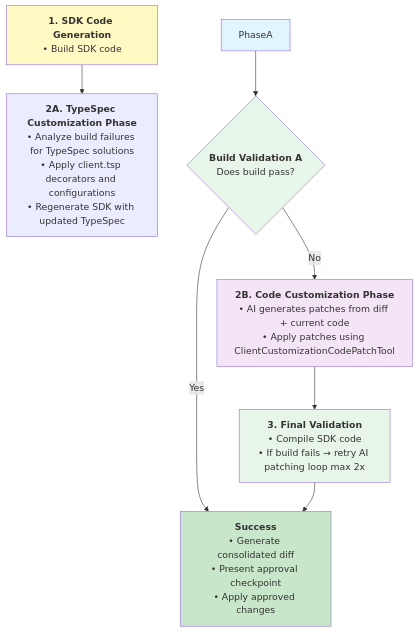
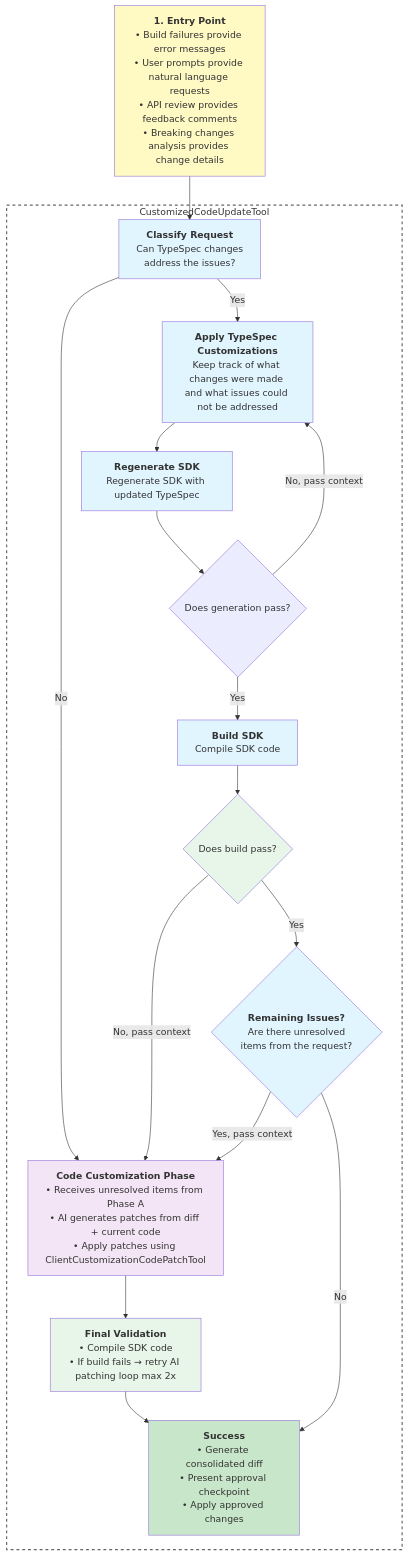
One commit to Azure/azure-sdk-tools changed the second of 2 diagrams in tools/azsdk-cli/docs/specs/3-customizing-client-tsp.spec.md. Above: the diagram before and after it, drawn with Mermaid. The commit also changed other lines of this file, not shown here.

Commit message:
Update workflow for CustomCodeUpdateTool

````diff
--- a/tools/azsdk-cli/docs/specs/3-customizing-client-tsp.spec.md
+++ b/tools/azsdk-cli/docs/specs/3-customizing-client-tsp.spec.md
@@ -248,23 +247,48 @@
 ```mermaid
 flowchart TD
-    Gen[<b>1. SDK Code Generation</b><br/>• Build SDK code<br/>]
-    
-    Gen --> IfPhaseA[<b>2A. TypeSpec Customization Phase</b><br/>• Analyze build failures for TypeSpec solutions<br/>• Apply client.tsp decorators and configurations<br/>• Regenerate SDK with updated TypeSpec]
-    
-    PhaseA --> ValidateA{<b>Build Validation A</b><br/>Does build pass?}
-    
-    ValidateA -->|Yes| Success[<b>Success</b><br/>• Generate consolidated diff<br/>• Present approval checkpoint<br/>• Apply approved changes]
-    
-    ValidateA -->|No| PhaseB[<b>2B. Code Customization Phase</b><br/>• AI generates patches from diff + current code<br/>• Apply patches using ClientCustomizationCodePatchTool<br/>]
-    
-    PhaseB --> ValidateB[<b>3. Final Validation</b><br/>• Compile SDK code<br/>• If build fails → retry AI patching loop max 2x<br/>]
-    
-    ValidateB --> Success
-    
-    style Gen fill:#fff9c4
-    style PhaseA fill:#e1f5fe
+    Entry[<b>1. Entry Point</b><br/>• Build failures provide error messages<br/>• User prompts provide natural language requests<br/>• API review provides feedback comments<br/>• Breaking changes analysis provides change details]
+
+    Entry --> Classify
+
+    subgraph Tool [CustomizedCodeUpdateTool]
+        Classify[<b>Classify Request</b><br/>Can TypeSpec changes<br/>address the issues?]
+
+        Classify -->|No| PhaseB
+
+        Classify -->|Yes| ApplyTsp[<b>Apply TypeSpec Customizations</b><br/>Keep track of what changes were made and what issues could not be addressed]
+
+        ApplyTsp --> RegenSDK[<b>Regenerate SDK</b><br/>Regenerate SDK with updated TypeSpec]
+
+        RegenSDK --> RegenValidate{Does generation pass?}
+
+        RegenValidate -->|No, pass context| ApplyTsp
+
+        RegenValidate -->|Yes| BuildSDK[<b>Build SDK</b><br/>Compile SDK code]
+
+        BuildSDK --> ValidateA{Does build pass?}
+
+        ValidateA -->|No, pass context| PhaseB
+
+        ValidateA -->|Yes| RemainingIssues{<b>Remaining Issues?</b><br/>Are there unresolved<br/>items from the request?}
+
+        RemainingIssues -->|Yes, pass context| PhaseB[<b>Code Customization Phase</b><br/>• Receives unresolved items from Phase A<br/>• AI generates patches from diff + current code<br/>• Apply patches using ClientCustomizationCodePatchTool]
+
+        RemainingIssues -->|No| Success[<b>Success</b><br/>• Generate consolidated diff<br/>• Present approval checkpoint<br/>• Apply approved changes]
+
+        PhaseB --> ValidateB[<b>Final Validation</b><br/>• Compile SDK code<br/>• If build fails → retry AI patching loop max 2x]
+
+        ValidateB --> Success
+    end
+
+    style Entry fill:#fff9c4
+    style Classify fill:#e1f5fe
+    style ApplyTsp fill:#e1f5fe
+    style RegenSDK fill:#e1f5fe
+    style BuildSDK fill:#e1f5fe
+    style ValidateA fill:#e8f5e9
+    style RemainingIssues fill:#e1f5fe
     style PhaseB fill:#f3e5f5
-    style ValidateA fill:#e8f5e9
     style ValidateB fill:#e8f5e9
     style Success fill:#c8e6c9
+    style Tool fill:none,stroke:#666,stroke-width:2px,stroke-dasharray: 5 5
 ```
````
